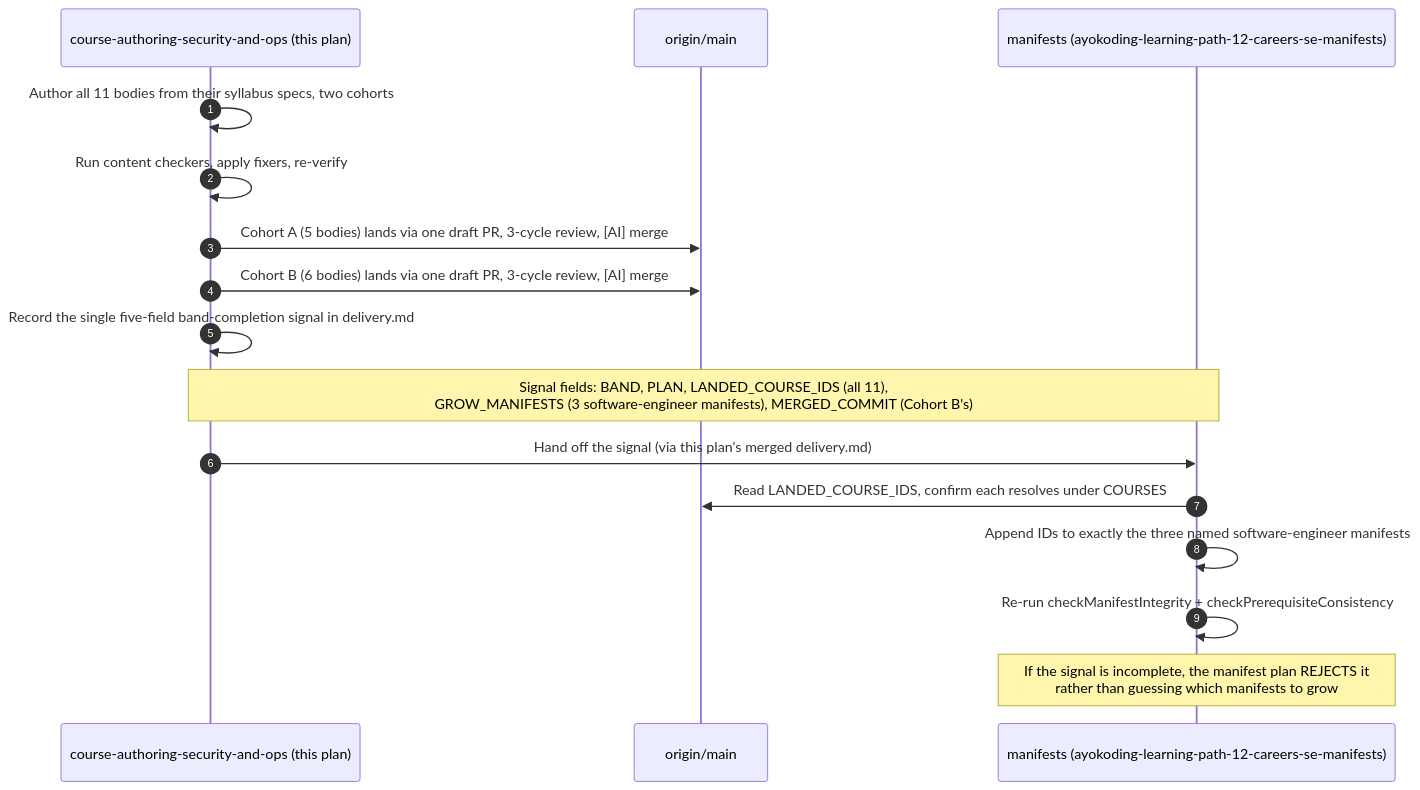
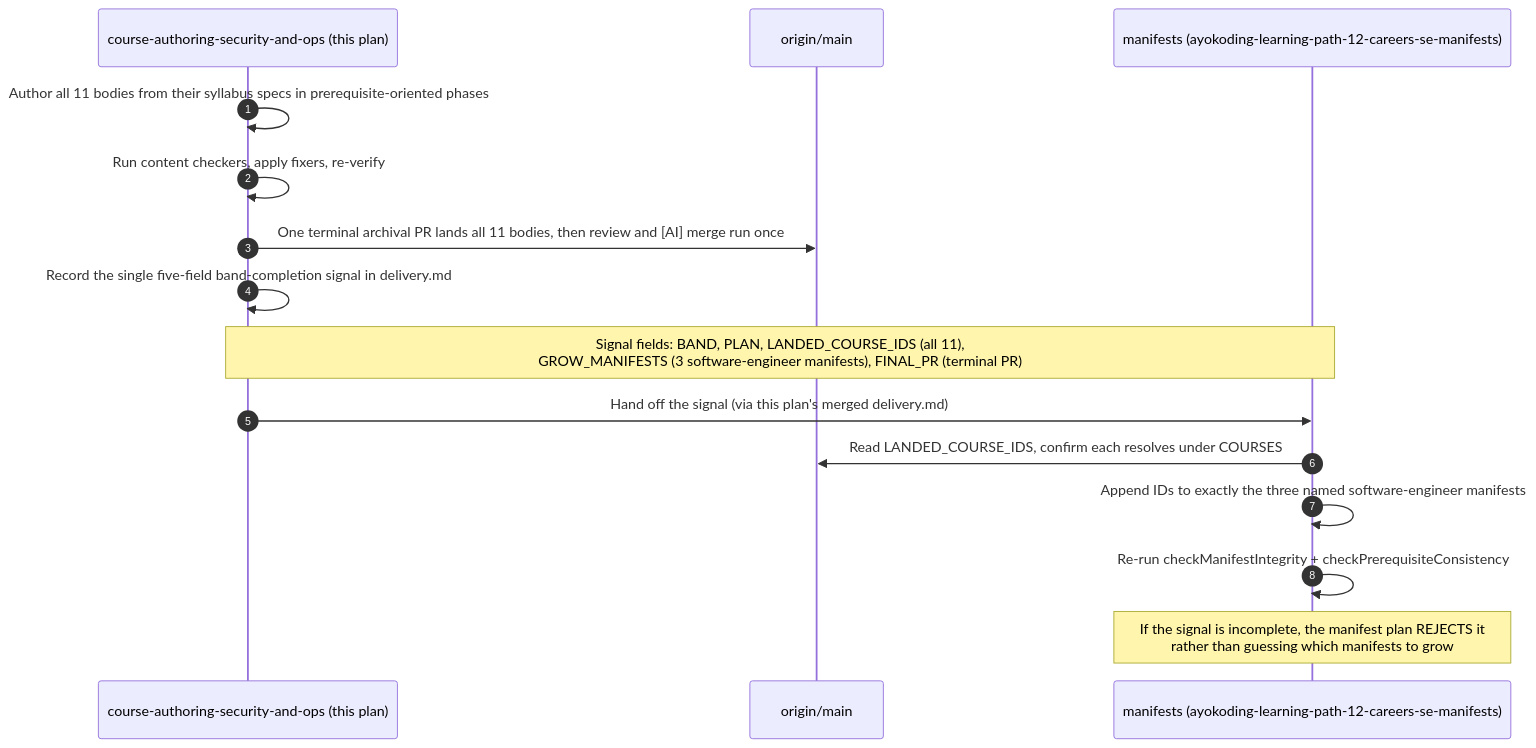
The second of 2 diagrams in plans/backlog/ayokoding-learning-path-08-course-authoring-security-and-ops/tech-docs.md (wahidyankf/open-sharia-fintech), drawn with Mermaid before and after one commit. The commit also changed other lines of this file and 49 other files, not shown here.

````diff
--- a/plans/backlog/ayokoding-learning-path-08-course-authoring-security-and-ops/tech-docs.md
+++ b/plans/backlog/ayokoding-learning-path-08-course-authoring-security-and-ops/tech-docs.md
@@ -224,20 +224,19 @@
 ```mermaid
 %% Order of operations when Band 7 lands.
 sequenceDiagram
     autonumber
     participant B7 as course-authoring-security-and-ops (this plan)
     participant Main as origin/main
     participant MF as manifests (ayokoding-learning-path-12-careers-se-manifests)
 
-    B7->>B7: Author all 11 bodies from their syllabus specs, two cohorts
+    B7->>B7: Author all 11 bodies from their syllabus specs in prerequisite-oriented phases
     B7->>B7: Run content checkers, apply fixers, re-verify
-    B7->>Main: Cohort A (5 bodies) lands via one draft PR, 3-cycle review, [AI] merge
-    B7->>Main: Cohort B (6 bodies) lands via one draft PR, 3-cycle review, [AI] merge
+    B7->>Main: One terminal archival PR lands all 11 bodies, then review and [AI] merge run once
     B7->>B7: Record the single five-field band-completion signal in delivery.md
-    Note over B7,MF: Signal fields: BAND, PLAN, LANDED_COURSE_IDS (all 11),<br/>GROW_MANIFESTS (3 software-engineer manifests), MERGED_COMMIT (Cohort B's)
+    Note over B7,MF: Signal fields: BAND, PLAN, LANDED_COURSE_IDS (all 11),<br/>GROW_MANIFESTS (3 software-engineer manifests), FINAL_PR (terminal PR)
     B7->>MF: Hand off the signal (via this plan's merged delivery.md)
     MF->>Main: Read LANDED_COURSE_IDS, confirm each resolves under COURSES
     MF->>MF: Append IDs to exactly the three named software-engineer manifests
     MF->>MF: Re-run checkManifestIntegrity + checkPrerequisiteConsistency
     Note over MF: If the signal is incomplete, the manifest plan REJECTS it<br/>rather than guessing which manifests to grow
 ```
````
